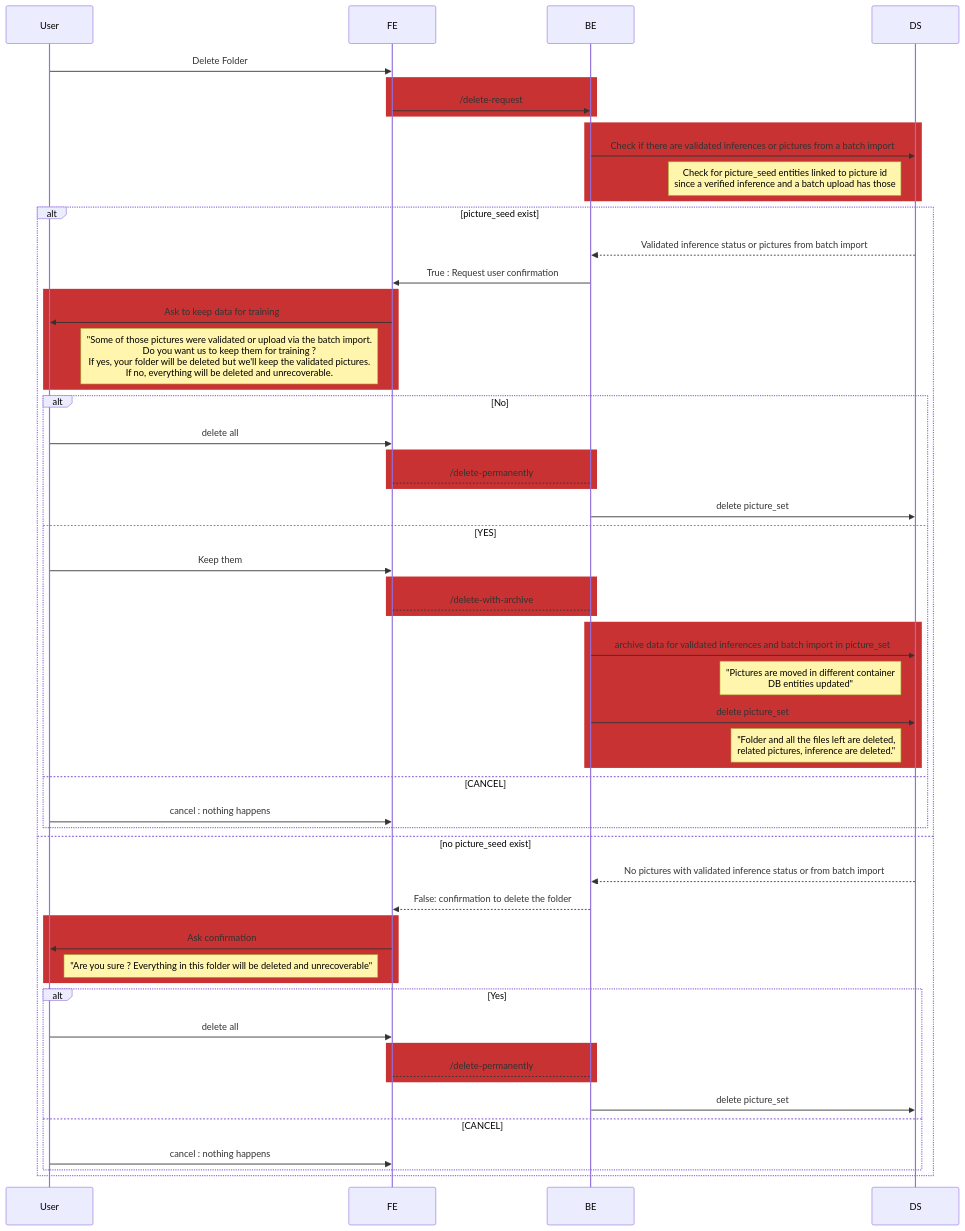
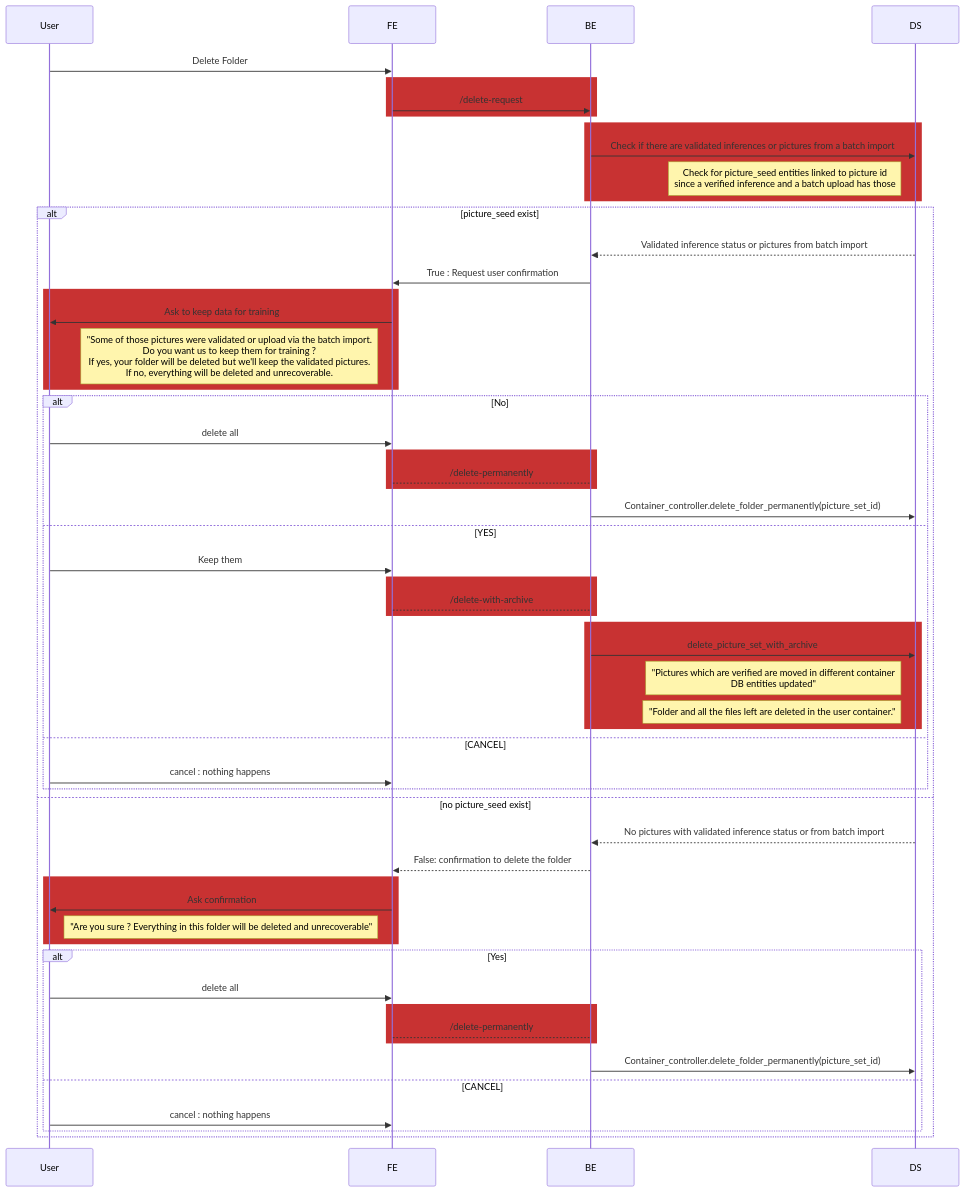
Before and after one commit to ai-cfia/ailab-datastore: the second of 3 diagrams in nachet/doc/nachet-manage-folders.md, drawn with Mermaid. The commit also changed other lines of this file and 12 other files, not shown here.

````diff
--- a/nachet/doc/nachet-manage-folders.md
+++ b/nachet/doc/nachet-manage-folders.md
@@ -82,62 +91,61 @@
 ```mermaid
 sequenceDiagram
     participant User
     participant FE
     participant BE
     participant DS
 
     User->>FE: Delete Folder
     rect rgb(200, 50, 50)
       FE->>BE: /delete-request
     end
     rect rgb(200, 50, 50)
           BE->>DS: Check if there are validated inferences or pictures from a batch import
 note left of DS: Check for picture_seed entities linked to picture id<br> since a verified inference and a batch upload has those
     end
     alt picture_seed exist
         DS-->>BE: Validated inference status or pictures from batch import
         BE->>FE: True : Request user confirmation
         rect rgb(200, 50, 50)
             FE->>User: Ask to keep data for training
 note left of FE : "Some of those pictures were validated or upload via the batch import.<br>Do you want us to keep them for training ? <br>If yes, your folder will be deleted but we'll keep the validated pictures.<br>If no, everything will be deleted and unrecoverable.
         end
         alt No
             User ->>FE: delete all
             rect rgb(200, 50, 50)
                 FE-->BE:  /delete-permanently
             end
-            BE->>DS: delete picture_set
+            BE->>DS: Container_controller.delete_folder_permanently(picture_set_id)
         else YES
             User ->>FE: Keep them
             rect rgb(200, 50, 50)
                 FE-->BE: /delete-with-archive
             end
             rect rgb(200, 50, 50)
-                BE->>DS: archive data for validated inferences and batch import in picture_set
-                    note left of DS: "Pictures are moved in different container <br> DB entities updated" 
-                BE->>DS: delete picture_set
-                   note left of DS: "Folder and all the files left are deleted, <br>related pictures, inference are deleted." 
+                BE->>DS: delete_picture_set_with_archive
+                    note left of DS: "Pictures which are verified are moved in different container <br> DB entities updated"
+                    note left of DS: "Folder and all the files left are deleted in the user container." 
             end
        else CANCEL
             User ->>FE: cancel : nothing happens
        end
     else no picture_seed exist
         DS-->>BE: No pictures with validated inference status or from batch import
         BE-->>FE: False: confirmation to delete the folder
         rect rgb(200, 50, 50)
             FE->>User: Ask confirmation
 note left of FE : "Are you sure ? Everything in this folder will be deleted and unrecoverable"
         end
         alt Yes
             User ->>FE: delete all
             rect rgb(200, 50, 50)
                 FE-->BE:  /delete-permanently
             end
-            BE->>DS: delete picture_set
+            BE->>DS: Container_controller.delete_folder_permanently(picture_set_id)
         else CANCEL
             User ->>FE: cancel : nothing happens
         
         end
     end
 
 ```
````
